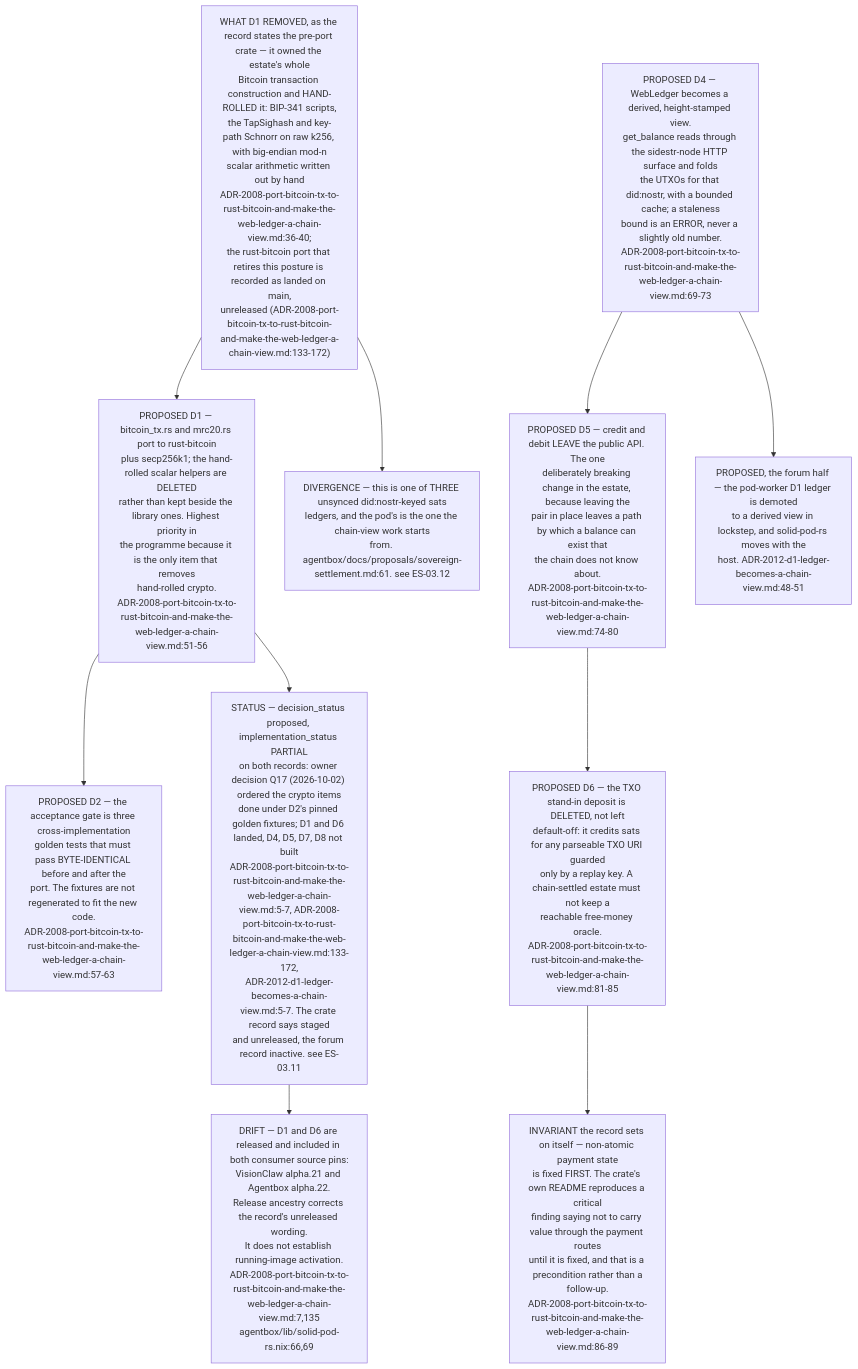
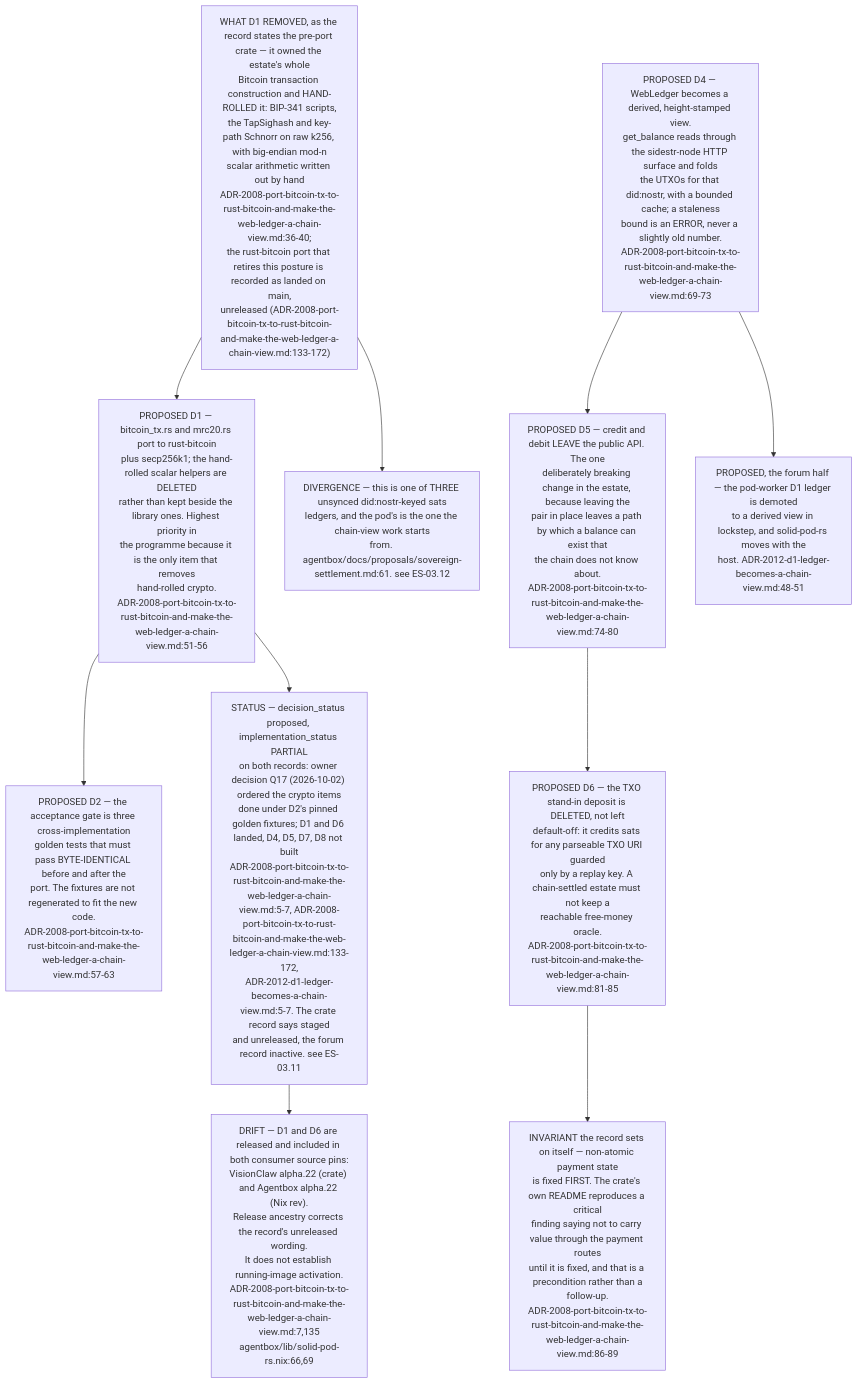
One commit to DreamLab-AI/VisionFlow changed diagram 12 of 13 in docs/diagrams/estate/08-solid-pod-estate.md. Above: the diagram before and after it, drawn with Mermaid. The commit also changed other lines of this file and 70 other files, not shown here.

First line of the commit message:
docs(diagrams): re-verify 69 topics at current default-branch heads

````diff
--- a/docs/diagrams/estate/08-solid-pod-estate.md
+++ b/docs/diagrams/estate/08-solid-pod-estate.md
@@ -516,31 +516,31 @@
 ```mermaid
 flowchart TB
     CRYPTO["WHAT D1 REMOVED, as the record states the pre-port crate — it owned the estate's whole<br/>Bitcoin transaction construction and HAND-ROLLED it: BIP-341 scripts,<br/>the TapSighash and key-path Schnorr on raw k256, with big-endian mod-n<br/>scalar arithmetic written out by hand<br/>ADR-2008-port-bitcoin-tx-to-rust-bitcoin-and-make-the-web-ledger-a-chain-view.md:36-40;<br/>the rust-bitcoin port that retires this posture is recorded as landed on main,<br/>unreleased (ADR-2008-port-bitcoin-tx-to-rust-bitcoin-and-make-the-web-ledger-a-chain-view.md:133-172)"]
 
     PORT["PROPOSED D1 — bitcoin_tx.rs and mrc20.rs port to rust-bitcoin<br/>plus secp256k1; the hand-rolled scalar helpers are DELETED<br/>rather than kept beside the library ones. Highest priority in<br/>the programme because it is the only item that removes<br/>hand-rolled crypto.<br/>ADR-2008-port-bitcoin-tx-to-rust-bitcoin-and-make-the-web-ledger-a-chain-view.md:51-56"]
     CRYPTO --> PORT
 
     GATE["PROPOSED D2 — the acceptance gate is three cross-implementation<br/>golden tests that must pass BYTE-IDENTICAL before and after the<br/>port. The fixtures are not regenerated to fit the new code.<br/>ADR-2008-port-bitcoin-tx-to-rust-bitcoin-and-make-the-web-ledger-a-chain-view.md:57-63"]
     PORT --> GATE
 
     VIEW["PROPOSED D4 — WebLedger becomes a derived, height-stamped view.<br/>get_balance reads through the sidestr-node HTTP surface and folds<br/>the UTXOs for that did:nostr, with a bounded cache; a staleness<br/>bound is an ERROR, never a slightly old number.<br/>ADR-2008-port-bitcoin-tx-to-rust-bitcoin-and-make-the-web-ledger-a-chain-view.md:69-73"]
     API["PROPOSED D5 — credit and debit LEAVE the public API. The one<br/>deliberately breaking change in the estate, because leaving the<br/>pair in place leaves a path by which a balance can exist that<br/>the chain does not know about.<br/>ADR-2008-port-bitcoin-tx-to-rust-bitcoin-and-make-the-web-ledger-a-chain-view.md:74-80"]
     VIEW --> API
 
     TXO["PROPOSED D6 — the TXO stand-in deposit is DELETED, not left<br/>default-off: it credits sats for any parseable TXO URI guarded<br/>only by a replay key. A chain-settled estate must not keep a<br/>reachable free-money oracle.<br/>ADR-2008-port-bitcoin-tx-to-rust-bitcoin-and-make-the-web-ledger-a-chain-view.md:81-85"]
     API --> TXO
 
     FORUM["PROPOSED, the forum half — the pod-worker D1 ledger is demoted<br/>to a derived view in lockstep, and solid-pod-rs moves with the<br/>host. ADR-2012-d1-ledger-becomes-a-chain-view.md:48-51"]
     VIEW --> FORUM
 
     PRE["INVARIANT the record sets on itself — non-atomic payment state<br/>is fixed FIRST. The crate's own README reproduces a critical<br/>finding saying not to carry value through the payment routes<br/>until it is fixed, and that is a precondition rather than a<br/>follow-up.<br/>ADR-2008-port-bitcoin-tx-to-rust-bitcoin-and-make-the-web-ledger-a-chain-view.md:86-89"]
     TXO --> PRE
 
     NOTLIVE["STATUS — decision_status proposed, implementation_status PARTIAL<br/>on both records: owner decision Q17 (2026-10-02) ordered the crypto items<br/>done under D2's pinned golden fixtures; D1 and D6 landed, D4, D5, D7, D8 not built<br/>ADR-2008-port-bitcoin-tx-to-rust-bitcoin-and-make-the-web-ledger-a-chain-view.md:5-7, ADR-2008-port-bitcoin-tx-to-rust-bitcoin-and-make-the-web-ledger-a-chain-view.md:133-172,<br/>ADR-2012-d1-ledger-becomes-a-chain-view.md:5-7. The crate record says staged<br/>and unreleased, the forum record inactive. see ES-03.11"]
-    DRIFT["DRIFT — D1 and D6 are released and included in both consumer source pins:<br/>VisionClaw alpha.21 and Agentbox alpha.22.<br/>Release ancestry corrects the record's unreleased wording.<br/>It does not establish running-image activation.<br/>ADR-2008-port-bitcoin-tx-to-rust-bitcoin-and-make-the-web-ledger-a-chain-view.md:7,135<br/>agentbox/lib/solid-pod-rs.nix:66,69"]
+    DRIFT["DRIFT — D1 and D6 are released and included in both consumer source pins:<br/>VisionClaw alpha.22 (crate) and Agentbox alpha.22 (Nix rev).<br/>Release ancestry corrects the record's unreleased wording.<br/>It does not establish running-image activation.<br/>ADR-2008-port-bitcoin-tx-to-rust-bitcoin-and-make-the-web-ledger-a-chain-view.md:7,135<br/>agentbox/lib/solid-pod-rs.nix:66,69"]
     NOTLIVE --> DRIFT
     PORT --> NOTLIVE
 
     THREE["DIVERGENCE — this is one of THREE unsynced did:nostr-keyed sats<br/>ledgers, and the pod's is the one the chain-view work starts<br/>from. agentbox/docs/proposals/sovereign-settlement.md:61. see ES-03.12"]
     CRYPTO --> THREE
 ```
````
